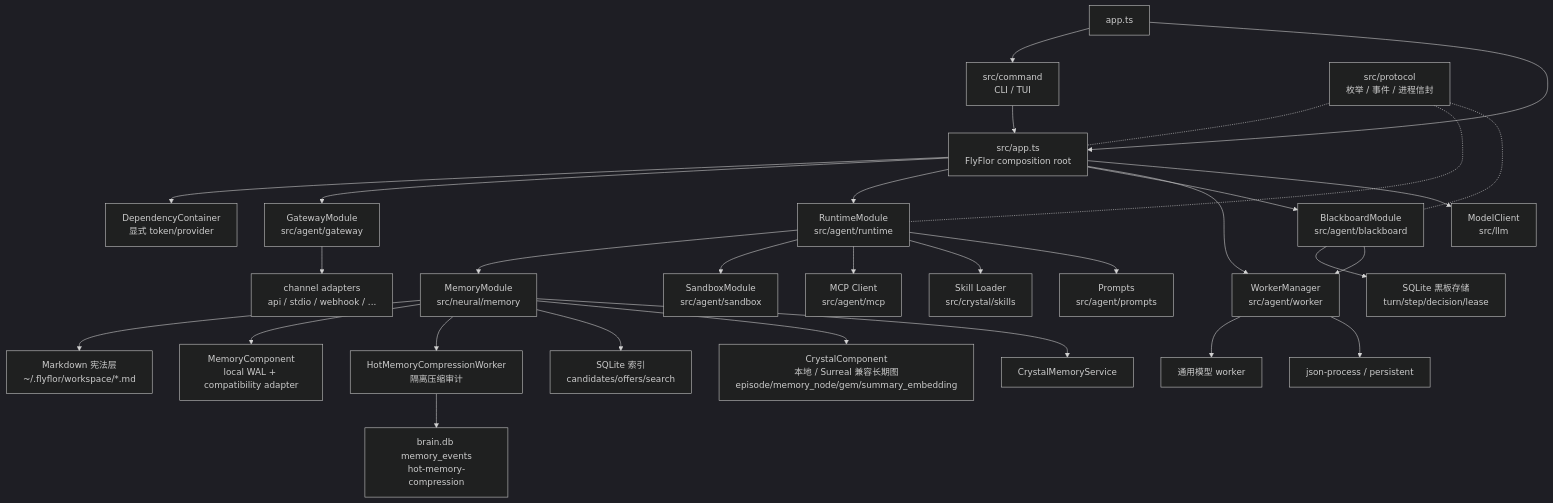
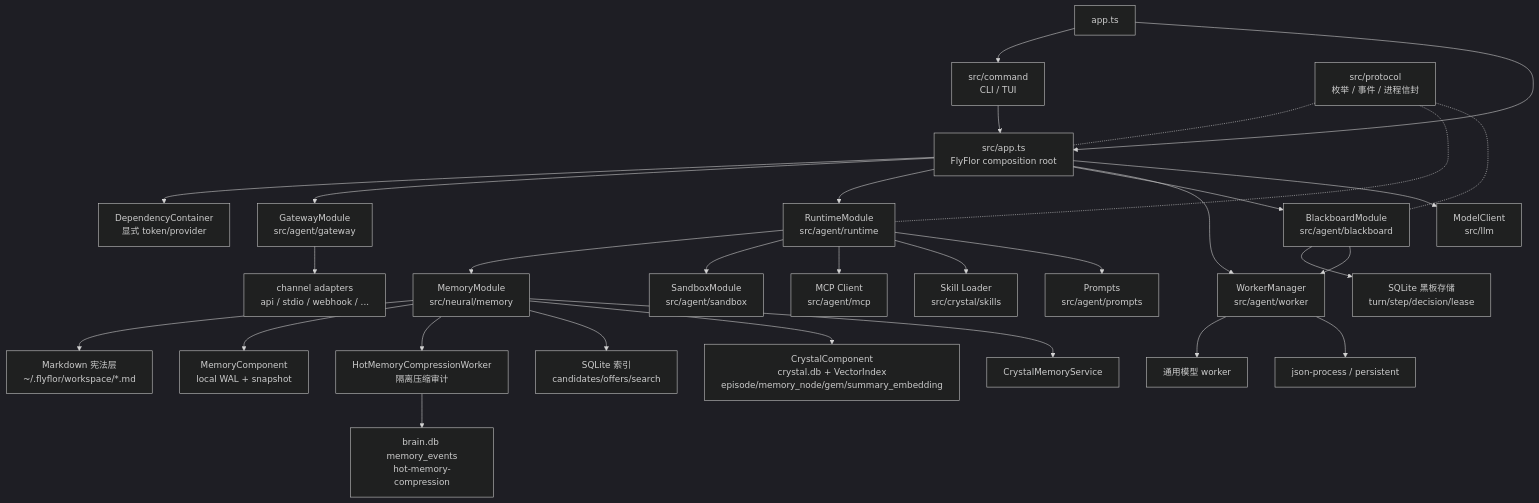
Before and after one commit to flyflor/flyflor: the first of 3 diagrams in docs/architecture.md, drawn with Mermaid (dark theme). The commit also changed other lines of this file and 60 other files, not shown here.

````diff
--- a/docs/architecture.md
+++ b/docs/architecture.md
@@ -26,38 +26,38 @@
 ```mermaid
 flowchart TB
     Entry["app.ts"] --> Command["src/command<br/>CLI / TUI"]
     Entry --> AppRoot["src/app.ts<br/>FlyFlor composition root"]
     Command --> AppRoot
     AppRoot --> Container["DependencyContainer<br/>显式 token/provider"]
 
     AppRoot --> Gateway["GatewayModule<br/>src/agent/gateway"]
     AppRoot --> Runtime["RuntimeModule<br/>src/agent/runtime"]
     AppRoot --> Blackboard["BlackboardModule<br/>src/agent/blackboard"]
     AppRoot --> Workers["WorkerManager<br/>src/agent/worker"]
     AppRoot --> Model["ModelClient<br/>src/llm"]
 
     Runtime --> Memory["MemoryModule<br/>src/neural/memory"]
     Runtime --> Sandbox["SandboxModule<br/>src/agent/sandbox"]
     Runtime --> MCP["MCP Client<br/>src/agent/mcp"]
     Runtime --> Skills["Skill Loader<br/>src/crystal/skills"]
     Runtime --> Prompts["Prompts<br/>src/agent/prompts"]
 
     Memory --> Markdown["Markdown 宪法层<br/>~/.flyflor/workspace/*.md"]
-    Memory --> Redis["MemoryComponent<br/>local WAL + compatibility adapter"]
+    Memory --> Working["MemoryComponent<br/>local WAL + snapshot"]
     Memory --> HotCompression["HotMemoryCompressionWorker<br/>隔离压缩审计"]
     Memory --> SQLite["SQLite 索引<br/>candidates/offers/search"]
-    Memory --> Graph["CrystalComponent<br/>本地 / Surreal 兼容长期图<br/>episode/memory_node/gem/summary_embedding"]
+    Memory --> Graph["CrystalComponent<br/>crystal.db + VectorIndex<br/>episode/memory_node/gem/summary_embedding"]
     Memory --> Crystal["CrystalMemoryService"]
     HotCompression --> SQLiteBrain["brain.db memory_events<br/>hot-memory-compression"]
 
     Blackboard --> BlackboardSqlite["SQLite 黑板存储<br/>turn/step/decision/lease"]
     Blackboard --> Workers
     Workers --> ModelWorker["通用模型 worker"]
     Workers --> JsonProcess["json-process / persistent"]
 
     Gateway --> Channels["channel adapters<br/>api / stdio / webhook / ..."]
 
     Protocol["src/protocol<br/>枚举 / 事件 / 进程信封"] -.- AppRoot
     Protocol -.- Runtime
     Protocol -.- Blackboard
 ```
````
